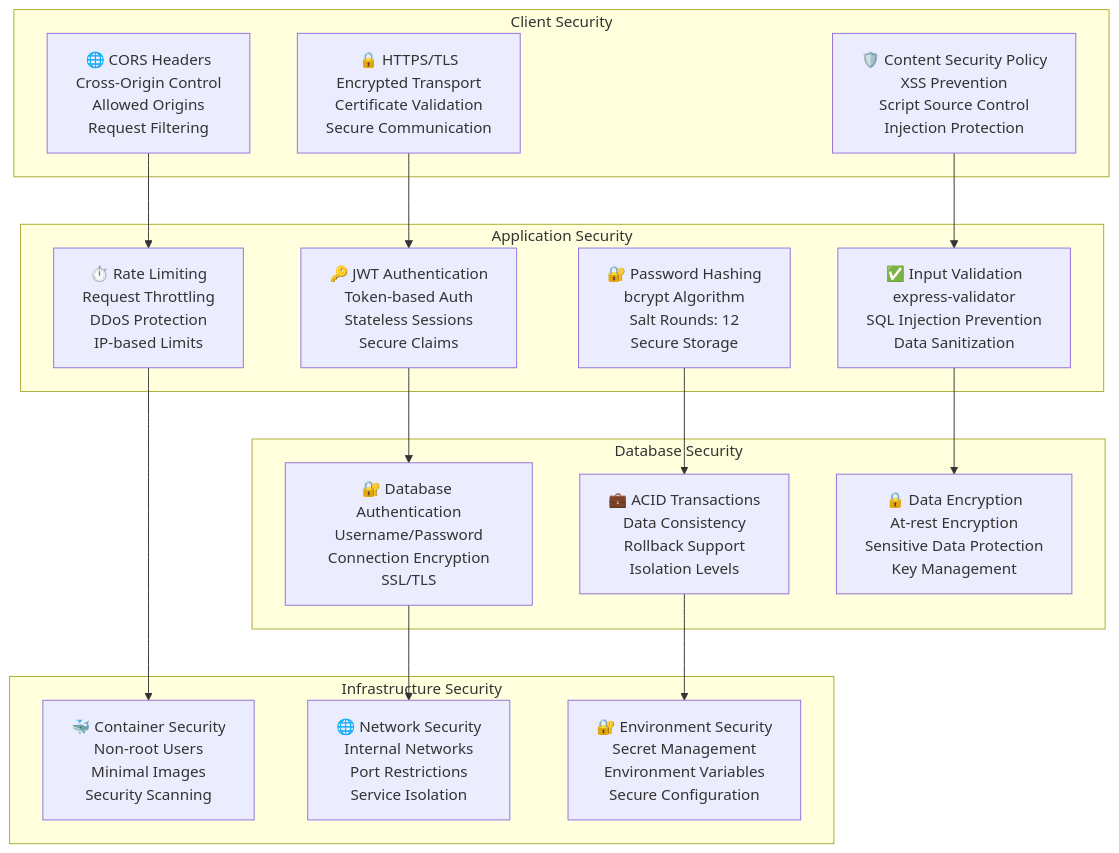
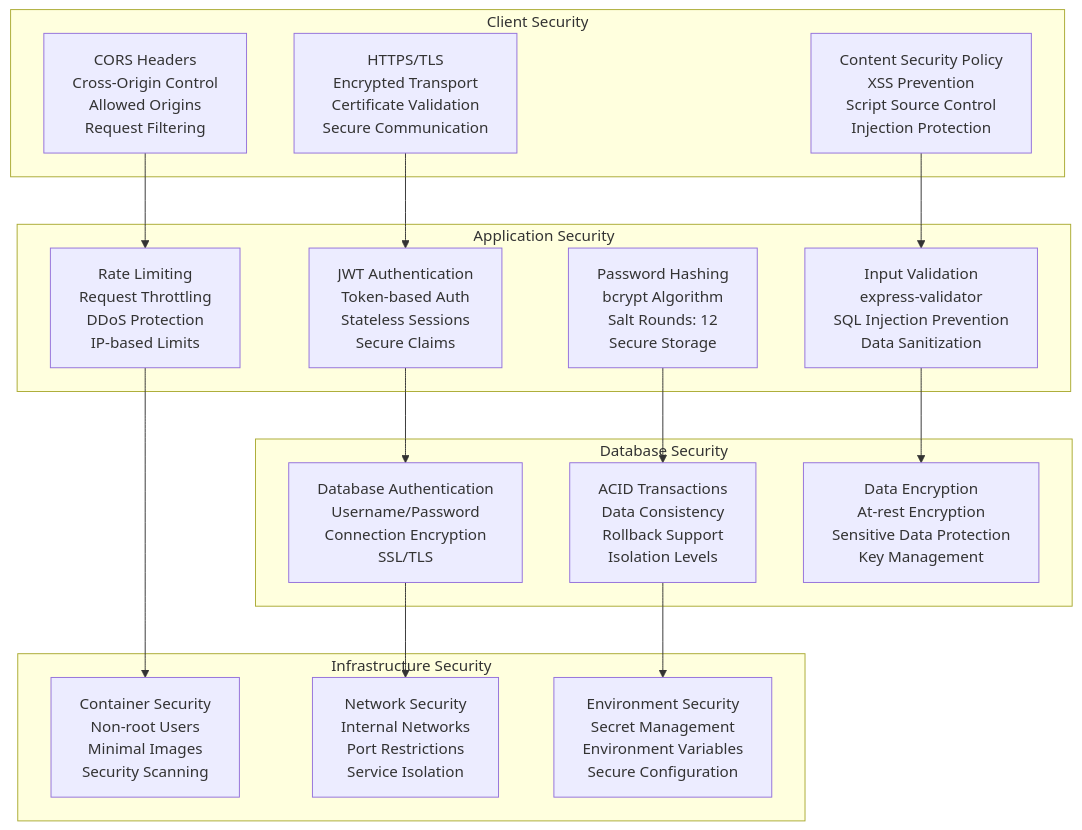
The eighth of 12 diagrams in sistema-investimentos/docs/c4-arquitetura-completa.md (FIAP/DCLT-arquiteturas), drawn with Mermaid before and after one commit. The commit also changed other lines of this file and 1489 other files, not shown here.

````diff
--- a/sistema-investimentos/docs/c4-arquitetura-completa.md
+++ b/sistema-investimentos/docs/c4-arquitetura-completa.md
@@ -513,37 +513,37 @@
 ```mermaid
 graph TB
     subgraph "Client Security"
-        HTTPS[🔒 HTTPS/TLS<br/>Encrypted Transport<br/>Certificate Validation<br/>Secure Communication]
-        CSP[🛡️ Content Security Policy<br/>XSS Prevention<br/>Script Source Control<br/>Injection Protection]
-        CORS[🌐 CORS Headers<br/>Cross-Origin Control<br/>Allowed Origins<br/>Request Filtering]
+        HTTPS[HTTPS/TLS<br/>Encrypted Transport<br/>Certificate Validation<br/>Secure Communication]
+        CSP[Content Security Policy<br/>XSS Prevention<br/>Script Source Control<br/>Injection Protection]
+        CORS[CORS Headers<br/>Cross-Origin Control<br/>Allowed Origins<br/>Request Filtering]
     end
     
     subgraph "Application Security"
-        JWT_AUTH[🔑 JWT Authentication<br/>Token-based Auth<br/>Stateless Sessions<br/>Secure Claims]
-        BCRYPT[🔐 Password Hashing<br/>bcrypt Algorithm<br/>Salt Rounds: 12<br/>Secure Storage]
-        VALIDATION[✅ Input Validation<br/>express-validator<br/>SQL Injection Prevention<br/>Data Sanitization]
-        RATE_LIMITING[⏱️ Rate Limiting<br/>Request Throttling<br/>DDoS Protection<br/>IP-based Limits]
+        JWT_AUTH[JWT Authentication<br/>Token-based Auth<br/>Stateless Sessions<br/>Secure Claims]
+        BCRYPT[Password Hashing<br/>bcrypt Algorithm<br/>Salt Rounds: 12<br/>Secure Storage]
+        VALIDATION[Input Validation<br/>express-validator<br/>SQL Injection Prevention<br/>Data Sanitization]
+        RATE_LIMITING[Rate Limiting<br/>Request Throttling<br/>DDoS Protection<br/>IP-based Limits]
     end
     
     subgraph "Database Security"
-        DB_AUTH[🔐 Database Authentication<br/>Username/Password<br/>Connection Encryption<br/>SSL/TLS]
-        TRANSACTIONS[💼 ACID Transactions<br/>Data Consistency<br/>Rollback Support<br/>Isolation Levels]
-        ENCRYPTION[🔒 Data Encryption<br/>At-rest Encryption<br/>Sensitive Data Protection<br/>Key Management]
+        DB_AUTH[Database Authentication<br/>Username/Password<br/>Connection Encryption<br/>SSL/TLS]
+        TRANSACTIONS[ACID Transactions<br/>Data Consistency<br/>Rollback Support<br/>Isolation Levels]
+        ENCRYPTION[Data Encryption<br/>At-rest Encryption<br/>Sensitive Data Protection<br/>Key Management]
     end
     
     subgraph "Infrastructure Security"
-        CONTAINER_SEC[🐳 Container Security<br/>Non-root Users<br/>Minimal Images<br/>Security Scanning]
-        NETWORK_SEC[🌐 Network Security<br/>Internal Networks<br/>Port Restrictions<br/>Service Isolation]
-        ENV_SEC[🔐 Environment Security<br/>Secret Management<br/>Environment Variables<br/>Secure Configuration]
+        CONTAINER_SEC[Container Security<br/>Non-root Users<br/>Minimal Images<br/>Security Scanning]
+        NETWORK_SEC[Network Security<br/>Internal Networks<br/>Port Restrictions<br/>Service Isolation]
+        ENV_SEC[Environment Security<br/>Secret Management<br/>Environment Variables<br/>Secure Configuration]
     end
     
     HTTPS --> JWT_AUTH
     CSP --> VALIDATION
     CORS --> RATE_LIMITING
     JWT_AUTH --> DB_AUTH
     BCRYPT --> TRANSACTIONS
     VALIDATION --> ENCRYPTION
     RATE_LIMITING --> CONTAINER_SEC
     DB_AUTH --> NETWORK_SEC
     TRANSACTIONS --> ENV_SEC
 ```
````
